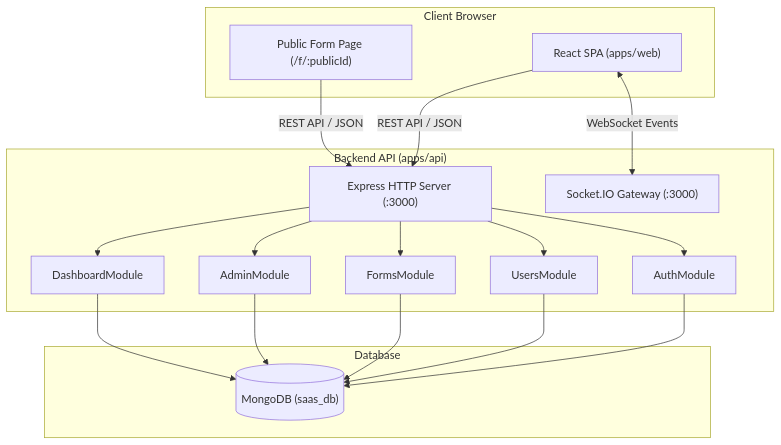
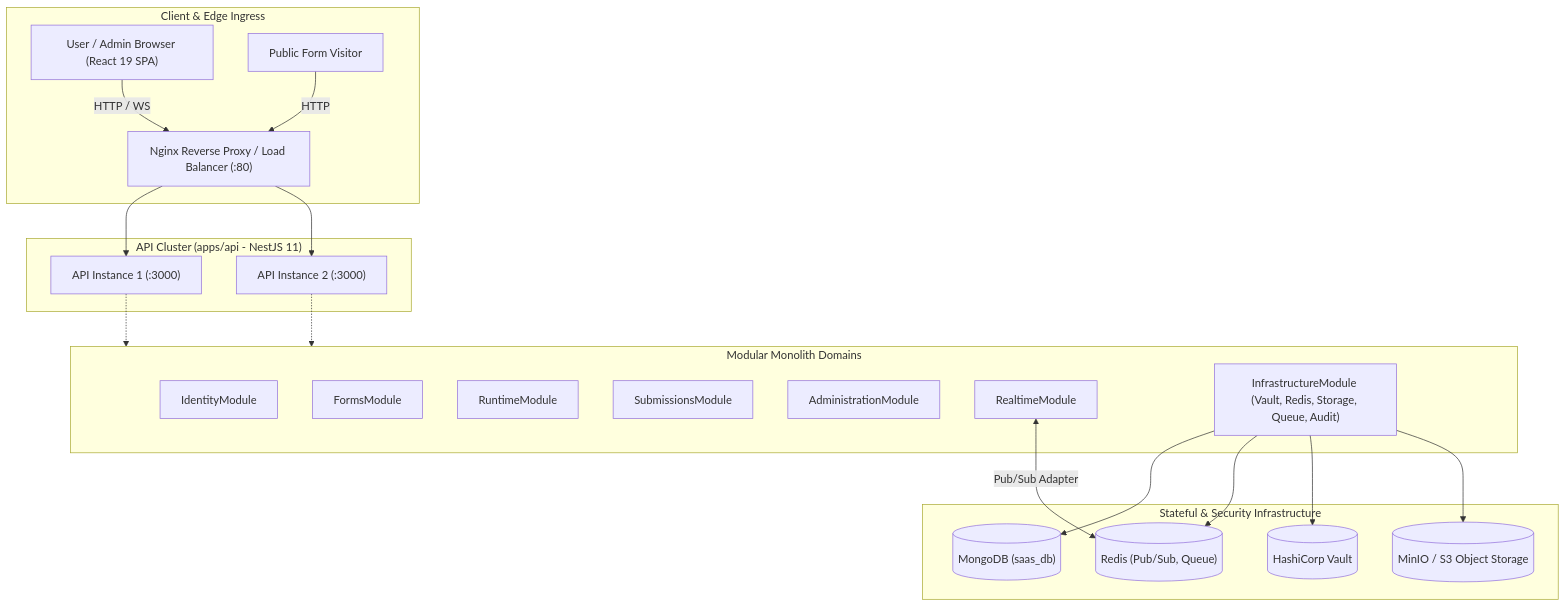
Before and after one commit to jasim-sct/machine-test: the diagram in docs/architecture/system.md, drawn with Mermaid. The commit also changed other lines of this file and 111 other files, not shown here.

Commit message:
feat: add security controls, token rotation, audit logging, and comprehensive infrastructure documentation

````diff
--- a/docs/architecture/system.md
+++ b/docs/architecture/system.md
@@ -11,38 +11,44 @@
 ```mermaid
 flowchart TD
-    subgraph ClientBrowser ["Client Browser"]
-        WebApp["React SPA (apps/web)"]
-        PublicForm["Public Form Page (/f/:publicId)"]
+    subgraph ClientLayer ["Client & Edge Ingress"]
+        Browser["User / Admin Browser (React 19 SPA)"]
+        PublicVisitor["Public Form Visitor"]
+        Edge["Nginx Reverse Proxy / Load Balancer (:80)"]
     end
 
-    subgraph BackendServices ["Backend API (apps/api)"]
-        HttpServer["Express HTTP Server (:3000)"]
-        WsServer["Socket.IO Gateway (:3000)"]
-        
-        AuthModule["AuthModule"]
-        UsersModule["UsersModule"]
-        FormsModule["FormsModule"]
-        AdminModule["AdminModule"]
-        DashboardModule["DashboardModule"]
+    subgraph ApiCluster ["API Cluster (apps/api - NestJS 11)"]
+        Api1["API Instance 1 (:3000)"]
+        Api2["API Instance 2 (:3000)"]
     end
 
-    subgraph DatabaseLayer ["Database"]
-        Mongo[("MongoDB (saas_db)")]
+    subgraph MonolithModules ["Modular Monolith Domains"]
+        Identity["IdentityModule"]
+        Forms["FormsModule"]
+        Runtime["RuntimeModule"]
+        Submissions["SubmissionsModule"]
+        Administration["AdministrationModule"]
+        Realtime["RealtimeModule"]
+        Infrastructure["InfrastructureModule (Vault, Redis, Storage, Queue, Audit)"]
     end
 
-    WebApp -->|REST API / JSON| HttpServer
-    PublicForm -->|REST API / JSON| HttpServer
-    WebApp <-->|WebSocket Events| WsServer
+    subgraph StateAndSecurity ["Stateful & Security Infrastructure"]
+        MongoDB[("MongoDB (saas_db)")]
+        Redis[("Redis (Pub/Sub, Queue)")]
+        Vault[("HashiCorp Vault")]
+        Storage[("MinIO / S3 Object Storage")]
+    end
 
-    HttpServer --> AuthModule
-    HttpServer --> UsersModule
-    HttpServer --> FormsModule
-    HttpServer --> AdminModule
-    HttpServer --> DashboardModule
+    Browser -->|HTTP / WS| Edge
+    PublicVisitor -->|HTTP| Edge
+    Edge --> Api1
+    Edge --> Api2
 
-    AuthModule --> Mongo
-    UsersModule --> Mongo
-    FormsModule --> Mongo
-    AdminModule --> Mongo
-    DashboardModule --> Mongo
+    Api1 -.-> MonolithModules
+    Api2 -.-> MonolithModules
+
+    Infrastructure --> MongoDB
+    Infrastructure --> Redis
+    Infrastructure --> Vault
+    Infrastructure --> Storage
+    Realtime <-->|Pub/Sub Adapter| Redis
 ```
````
